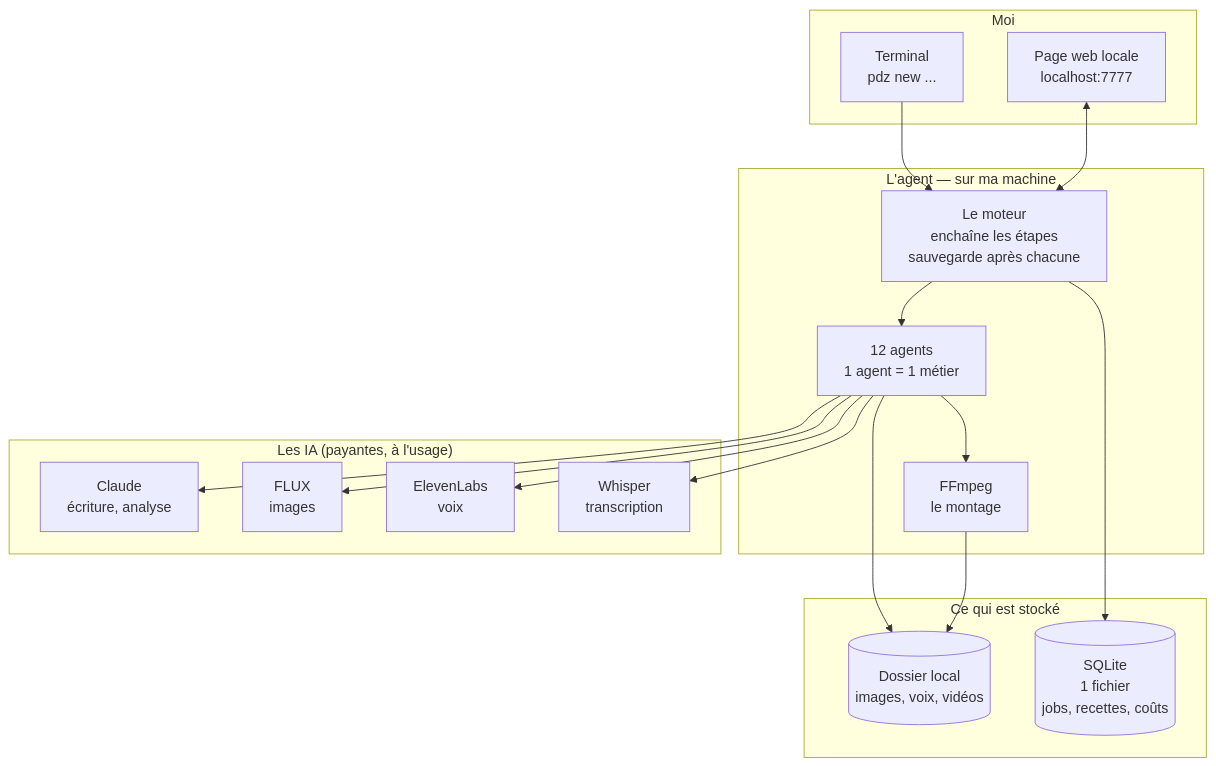
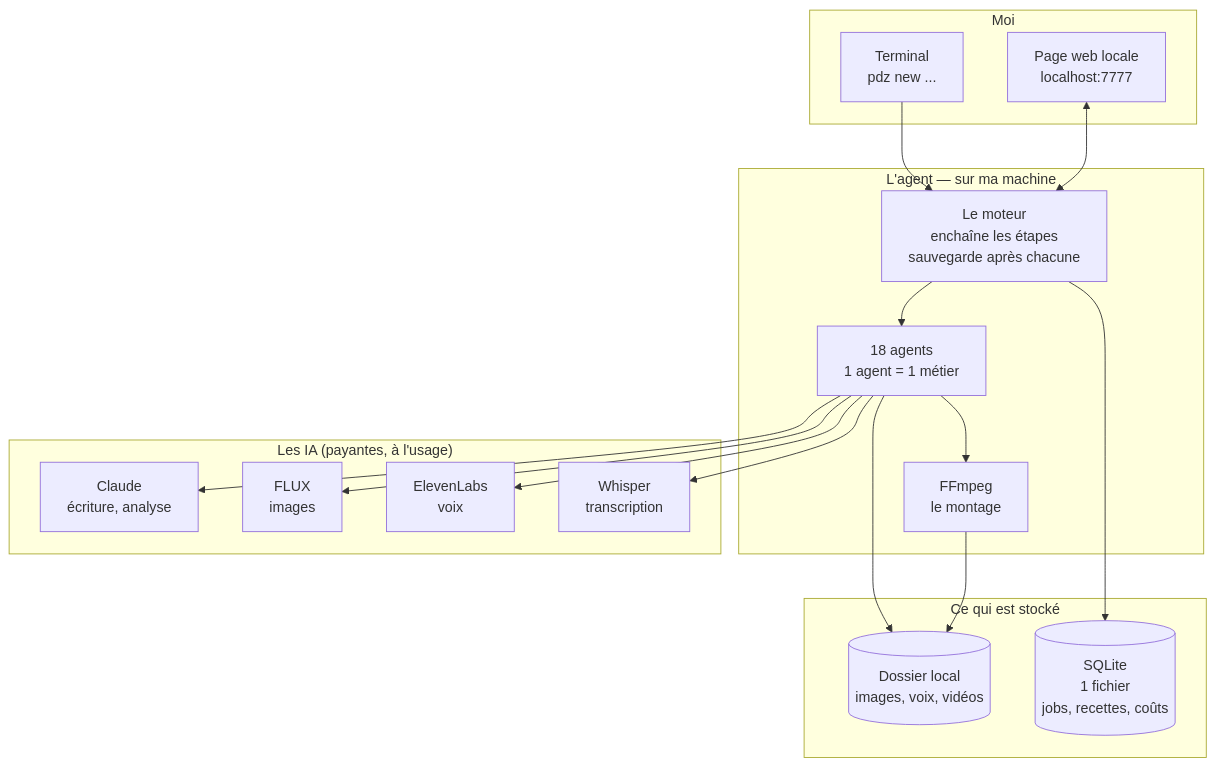
Before and after one commit to tmassinissa93260-png/Pronotedz-: the first of 4 diagrams in docs/01-comment-ca-marche.md, drawn with Mermaid. The commit also changed other lines of this file and 7 other files, not shown here.

````diff
--- a/docs/01-comment-ca-marche.md
+++ b/docs/01-comment-ca-marche.md
@@ -13,34 +13,34 @@
 ```mermaid
 flowchart TB
     subgraph moi["Moi"]
         CLI["Terminal<br/>pdz new ..."]
         WEB["Page web locale<br/>localhost:7777"]
     end
 
     subgraph app["L'agent — sur ma machine"]
         MOTEUR["Le moteur<br/>enchaîne les étapes<br/>sauvegarde après chacune"]
-        AGENTS["12 agents<br/>1 agent = 1 métier"]
+        AGENTS["18 agents<br/>1 agent = 1 métier"]
         FF["FFmpeg<br/>le montage"]
     end
 
     subgraph data["Ce qui est stocké"]
         DB[("SQLite<br/>1 fichier<br/>jobs, recettes, coûts")]
         DISK[("Dossier local<br/>images, voix, vidéos")]
     end
 
     subgraph ia["Les IA (payantes, à l'usage)"]
         CLAUDE["Claude<br/>écriture, analyse"]
         FLUX["FLUX<br/>images"]
         ELEVEN["ElevenLabs<br/>voix"]
         WHISP["Whisper<br/>transcription"]
     end
 
     CLI --> MOTEUR
     WEB <--> MOTEUR
     MOTEUR --> AGENTS
     MOTEUR --> DB
     AGENTS --> CLAUDE & FLUX & ELEVEN & WHISP
     AGENTS --> DISK
     AGENTS --> FF
     FF --> DISK
 ```
````
